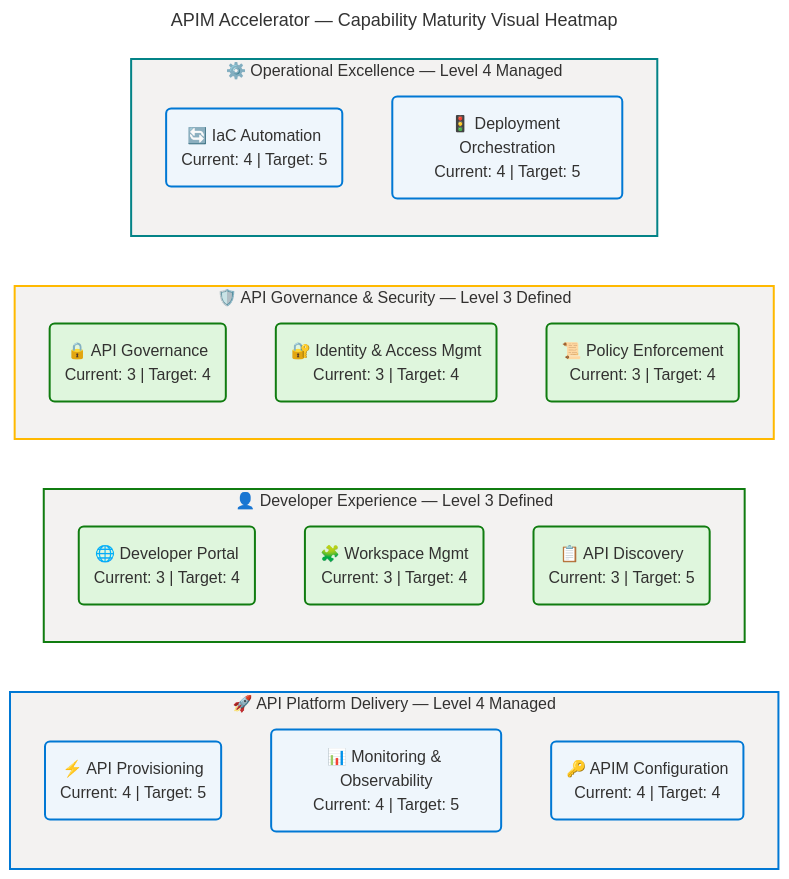
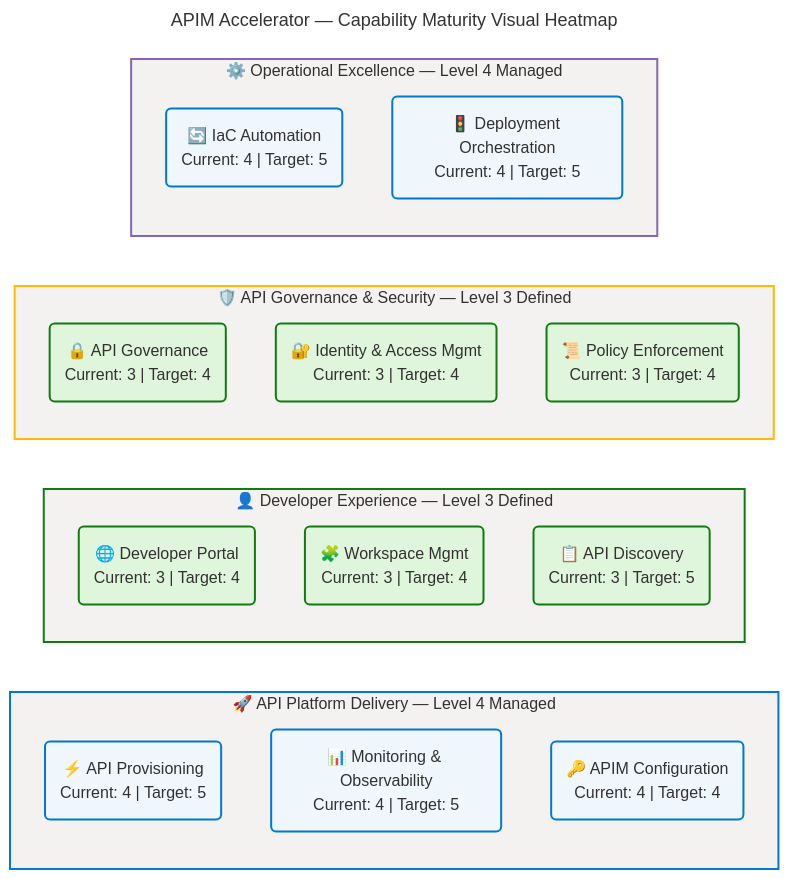
Before and after one commit to Evilazaro/APIM-Accelerator: the fifth of 6 diagrams in docs/architecture/business-architecture.md, drawn with Mermaid. The commit also changed other lines of this file, not shown here.

Commit message:
style: enhance Mermaid diagram configurations and add verification details for improved clarity

````diff
--- a/docs/architecture/business-architecture.md
+++ b/docs/architecture/business-architecture.md
@@ -725,51 +733,61 @@
 ```mermaid
 ---
 title: "APIM Accelerator — Capability Maturity Visual Heatmap"
-config: {theme: base, look: classic, layout: dagre}
+config:
+  theme: base
+  look: classic
+  layout: dagre
+  themeVariables:
+    fontSize: '16px'
+  flowchart:
+    htmlLabels: true
 ---
 flowchart LR
     accTitle: APIM Accelerator Capability Maturity Visual Heatmap
     accDescr: Grouped flowchart showing current maturity level for eleven capabilities across four domains — API Platform Delivery and Operational Excellence at Level 4 Managed, Developer Experience and API Governance at Level 3 Defined
 
     %% ═══════════════════════════════════════════════════════════════════════════
-    %% AZURE/FLUENT v1.1 — GOVERNANCE BLOCK
-    %% Document   : business-architecture.md v1.1.0
-    %% Diagram    : Capability Maturity Visual Heatmap (Diagram 5 of 6)
-    %% Gate       : E-019 comprehensive ≥6 diagrams
-    %% Last-edited: 2025
+    %% AZURE / FLUENT ARCHITECTURE PATTERN v1.1
+    %% (Semantic + Structural + Font + Accessibility Governance)
+    %% ═══════════════════════════════════════════════════════════════════════════
+    %% PHASE 1 - FLUENT UI: All styling uses approved Fluent UI palette only
+    %% PHASE 2 - GROUPS: Every subgraph has semantic color via style directive
+    %% PHASE 3 - COMPONENTS: Every node has semantic classDef + icon prefix
+    %% PHASE 4 - ACCESSIBILITY: accTitle/accDescr present, WCAG AA contrast
+    %% PHASE 5 - STANDARD: Governance block present, classDefs centralized
     %% ═══════════════════════════════════════════════════════════════════════════
 
     subgraph apiPlatform["🚀 API Platform Delivery — Level 4 Managed"]
         c1("⚡ API Provisioning\nCurrent: 4 | Target: 5"):::managed
         c2("📊 Monitoring & Observability\nCurrent: 4 | Target: 5"):::managed
         c3("🔑 APIM Configuration\nCurrent: 4 | Target: 4"):::managed
     end
 
     subgraph devExp["👤 Developer Experience — Level 3 Defined"]
         c4("🌐 Developer Portal\nCurrent: 3 | Target: 4"):::defined
         c5("🧩 Workspace Mgmt\nCurrent: 3 | Target: 4"):::defined
         c6("📋 API Discovery\nCurrent: 3 | Target: 5"):::defined
     end
 
     subgraph governance["🛡️ API Governance & Security — Level 3 Defined"]
         c7("🔒 API Governance\nCurrent: 3 | Target: 4"):::defined
         c8("🔐 Identity & Access Mgmt\nCurrent: 3 | Target: 4"):::defined
         c9("📜 Policy Enforcement\nCurrent: 3 | Target: 4"):::defined
     end
 
     subgraph opEx["⚙️ Operational Excellence — Level 4 Managed"]
         c10("🔄 IaC Automation\nCurrent: 4 | Target: 5"):::managed
         c11("🚦 Deployment Orchestration\nCurrent: 4 | Target: 5"):::managed
     end
 
     style apiPlatform fill:#F3F2F1,stroke:#0078D4,stroke-width:2px,color:#323130
     style devExp fill:#F3F2F1,stroke:#107C10,stroke-width:2px,color:#323130
     style governance fill:#F3F2F1,stroke:#FFB900,stroke-width:2px,color:#323130
-    style opEx fill:#F3F2F1,stroke:#038387,stroke-width:2px,color:#323130
+    style opEx fill:#F3F2F1,stroke:#8764B8,stroke-width:2px,color:#323130
 
     classDef managed fill:#EFF6FC,stroke:#0078D4,stroke-width:2px,color:#323130
     classDef defined fill:#DFF6DD,stroke:#107C10,stroke-width:2px,color:#323130
     classDef initiating fill:#FFF4CE,stroke:#FFB900,stroke-width:2px,color:#323130
-    classDef optimising fill:#E0F7F7,stroke:#038387,stroke-width:2px,color:#323130
-    classDef gap fill:#FAF9F8,stroke:#D13438,stroke-width:2px,color:#323130
+    classDef optimising fill:#F0E6FA,stroke:#8764B8,stroke-width:2px,color:#323130
+    classDef gap fill:#FDE7E9,stroke:#D13438,stroke-width:2px,color:#323130
 ```
````
